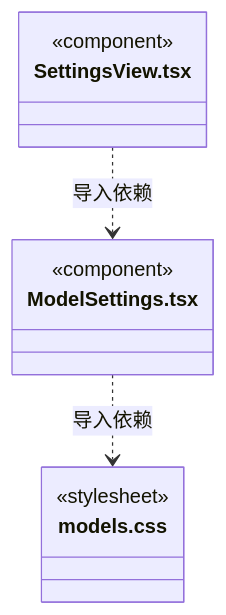
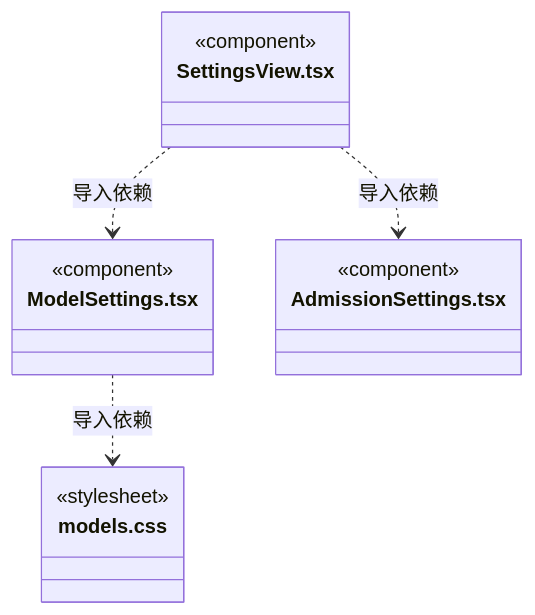
One commit to nan023062/cbim changed the fifth of 5 diagrams in src/frontend/settings/ARCHITECTURE.md. Above: the diagram before and after it, drawn with Mermaid. The commit also changed other lines of this file and 70 other files, not shown here.

````diff
--- a/src/frontend/settings/ARCHITECTURE.md
+++ b/src/frontend/settings/ARCHITECTURE.md
@@ -54,14 +67,18 @@
 ```mermaid
 classDiagram
 class N_src_frontend_settings_ModelSettings_tsx["ModelSettings.tsx"] {
   <<component>>
 }
 class N_src_frontend_settings_models_css["models.css"] {
   <<stylesheet>>
 }
 class N_src_frontend_settings_SettingsView_tsx["SettingsView.tsx"] {
   <<component>>
 }
+class N_src_frontend_settings_AdmissionSettings_tsx["AdmissionSettings.tsx"] {
+  <<component>>
+}
 N_src_frontend_settings_ModelSettings_tsx ..> N_src_frontend_settings_models_css : 导入依赖
 N_src_frontend_settings_SettingsView_tsx ..> N_src_frontend_settings_ModelSettings_tsx : 导入依赖
+N_src_frontend_settings_SettingsView_tsx ..> N_src_frontend_settings_AdmissionSettings_tsx : 导入依赖
 ```
````
